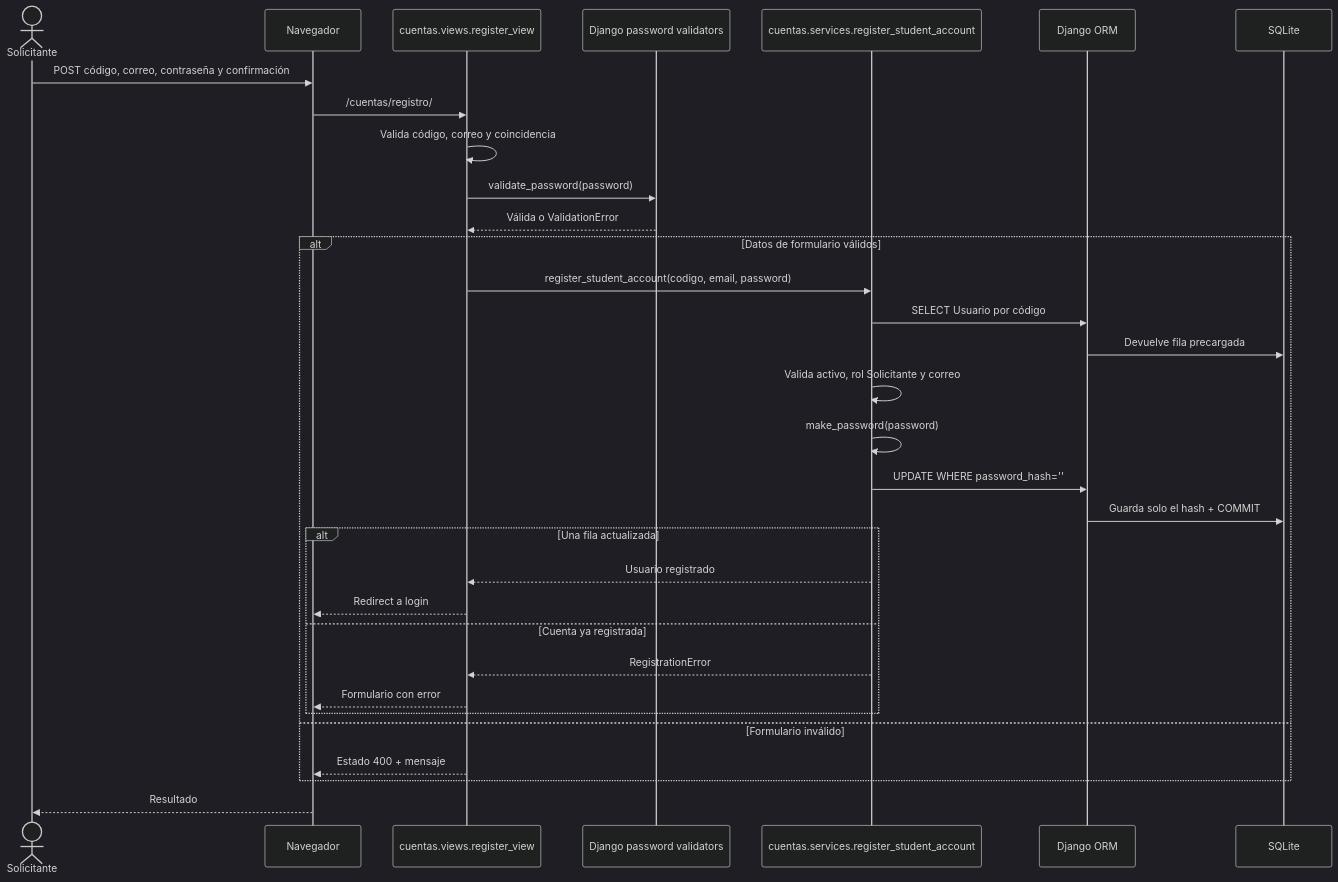
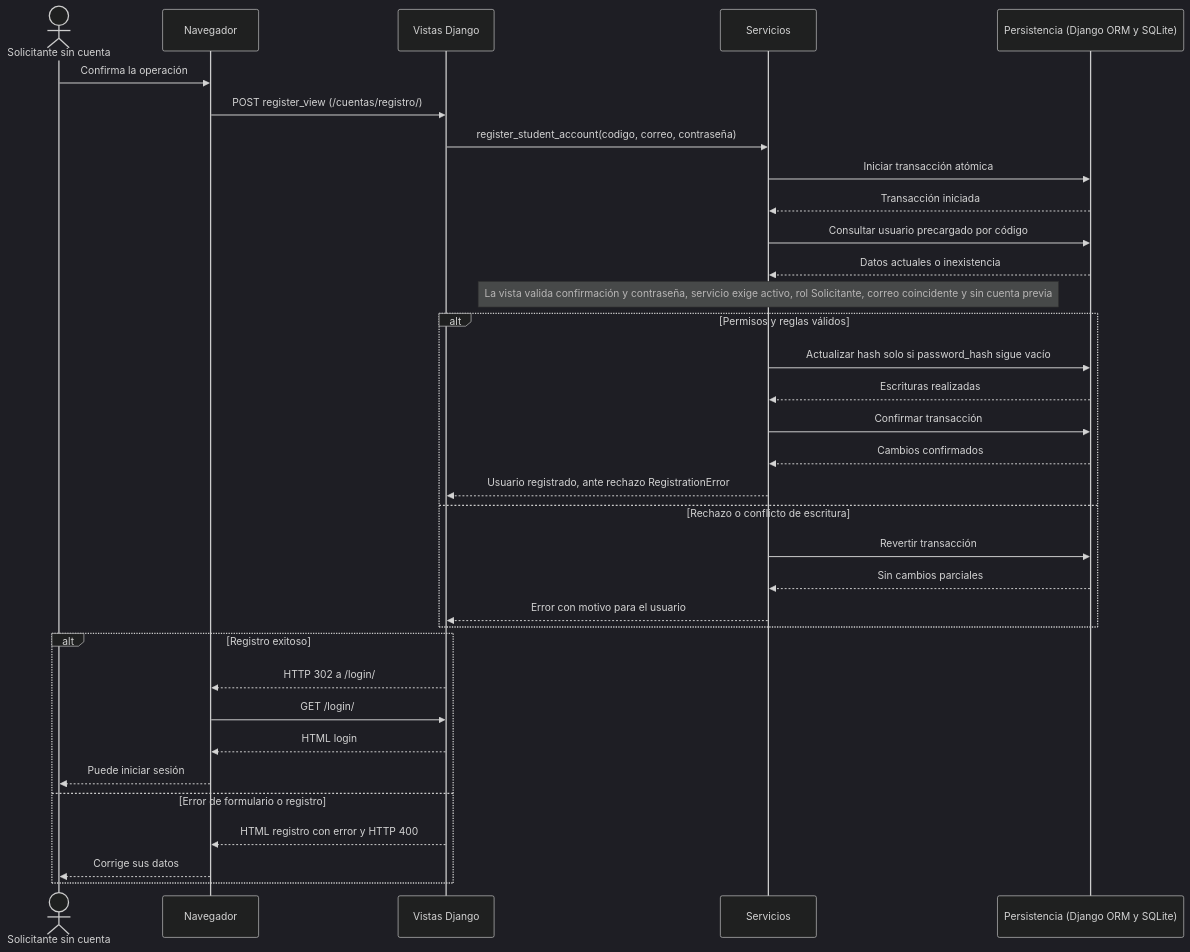
Diagram 13 of 14 in docs/sesion-07-modelos.md (Sebas0032/SalaMandra), drawn with Mermaid (dark theme) before and after one commit. The commit also changed other lines of this file and 11 other files, not shown here.

Commit message:
Update architecture and test traceability documentation, reorganize use cases, fix diagrams, expand interaction flows, restore weekday-only reservations, consolidate redundant tests, and remove obsolete diagram images

````diff
--- a/docs/sesion-07-modelos.md
+++ b/docs/sesion-07-modelos.md
@@ -913,35 +920,36 @@
 ```mermaid
 sequenceDiagram
-    actor S as Solicitante
+    actor U as Solicitante sin cuenta
     participant B as Navegador
-    participant V as cuentas.views.register_view
-    participant VS as Django password validators
-    participant CS as cuentas.services.register_student_account
-    participant ORM as Django ORM
-    participant DB as SQLite
-
-    S->>B: POST código, correo, contraseña y confirmación
-    B->>V: /cuentas/registro/
-    V->>V: Valida código, correo y coincidencia
-    V->>VS: validate_password(password)
-    VS-->>V: Válida o ValidationError
-    alt Datos de formulario válidos
-        V->>CS: register_student_account(codigo, email, password)
-        CS->>ORM: SELECT Usuario por código
-        ORM->>DB: Devuelve fila precargada
-        CS->>CS: Valida activo, rol Solicitante y correo
-        CS->>CS: make_password(password)
-        CS->>ORM: UPDATE WHERE password_hash=''
-        ORM->>DB: Guarda solo el hash + COMMIT
-        alt Una fila actualizada
-            CS-->>V: Usuario registrado
-            V-->>B: Redirect a login
-        else Cuenta ya registrada
-            CS-->>V: RegistrationError
-            V-->>B: Formulario con error
-        end
-    else Formulario inválido
-        V-->>B: Estado 400 + mensaje
+    participant V as Vistas Django
+    participant S as Servicios
+    participant D as Persistencia (Django ORM y SQLite)
+    U->>B: Confirma la operación
+    B->>V: POST register_view (/cuentas/registro/)
+    V->>S: register_student_account(codigo, correo, contraseña)
+    S->>D: Iniciar transacción atómica
+    D-->>S: Transacción iniciada
+    S->>D: Consultar usuario precargado por código
+    D-->>S: Datos actuales o inexistencia
+    Note over S: La vista valida confirmación y contraseña, servicio exige activo, rol Solicitante, correo coincidente y sin cuenta previa
+    alt Permisos y reglas válidos
+        S->>D: Actualizar hash solo si password_hash sigue vacío
+        D-->>S: Escrituras realizadas
+        S->>D: Confirmar transacción
+        D-->>S: Cambios confirmados
+        S-->>V: Usuario registrado, ante rechazo RegistrationError
+    else Rechazo o conflicto de escritura
+        S->>D: Revertir transacción
+        D-->>S: Sin cambios parciales
+        S-->>V: Error con motivo para el usuario
     end
-    B-->>S: Resultado
+    alt Registro exitoso
+        V-->>B: HTTP 302 a /login/
+        B->>V: GET /login/
+        V-->>B: HTML login
+        B-->>U: Puede iniciar sesión
+    else Error de formulario o registro
+        V-->>B: HTML registro con error y HTTP 400
+        B-->>U: Corrige sus datos
+    end
 ```
````
